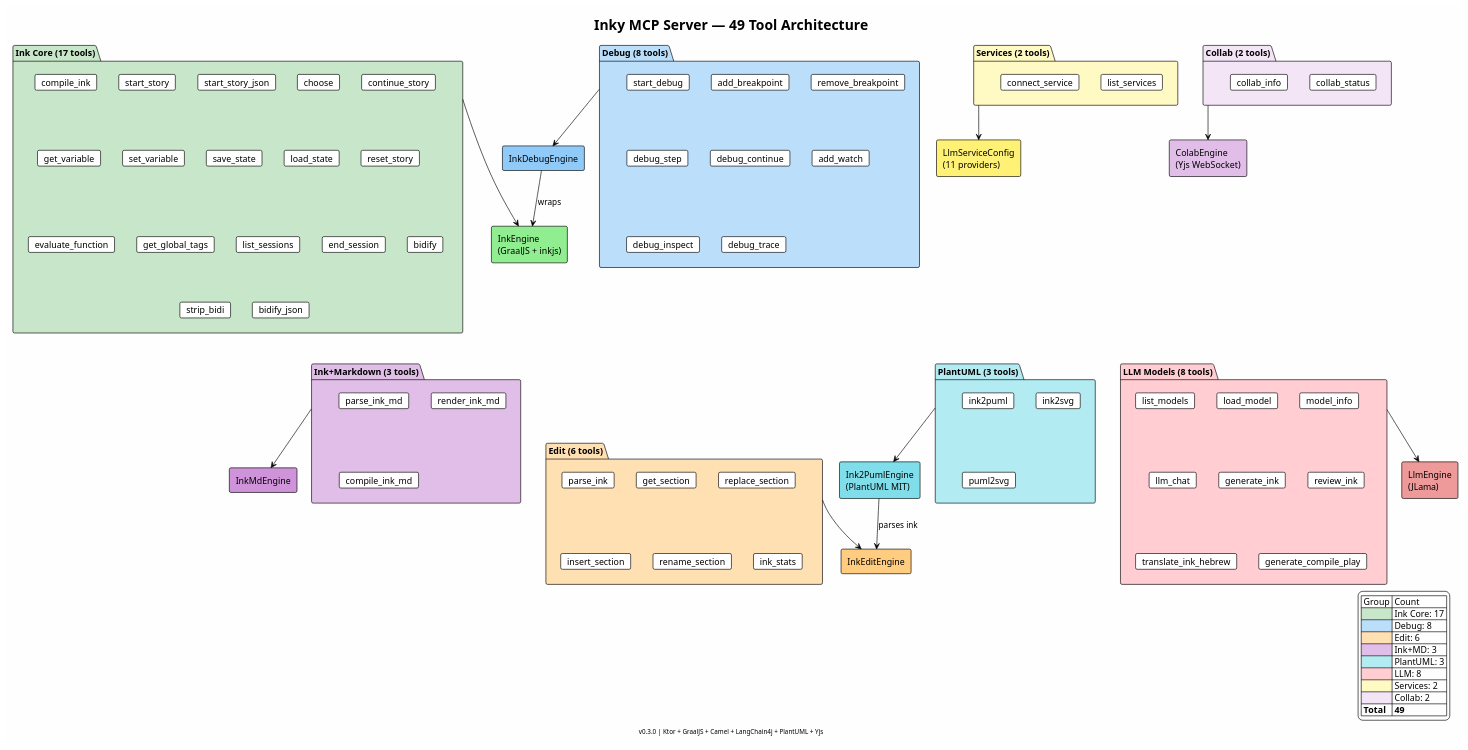
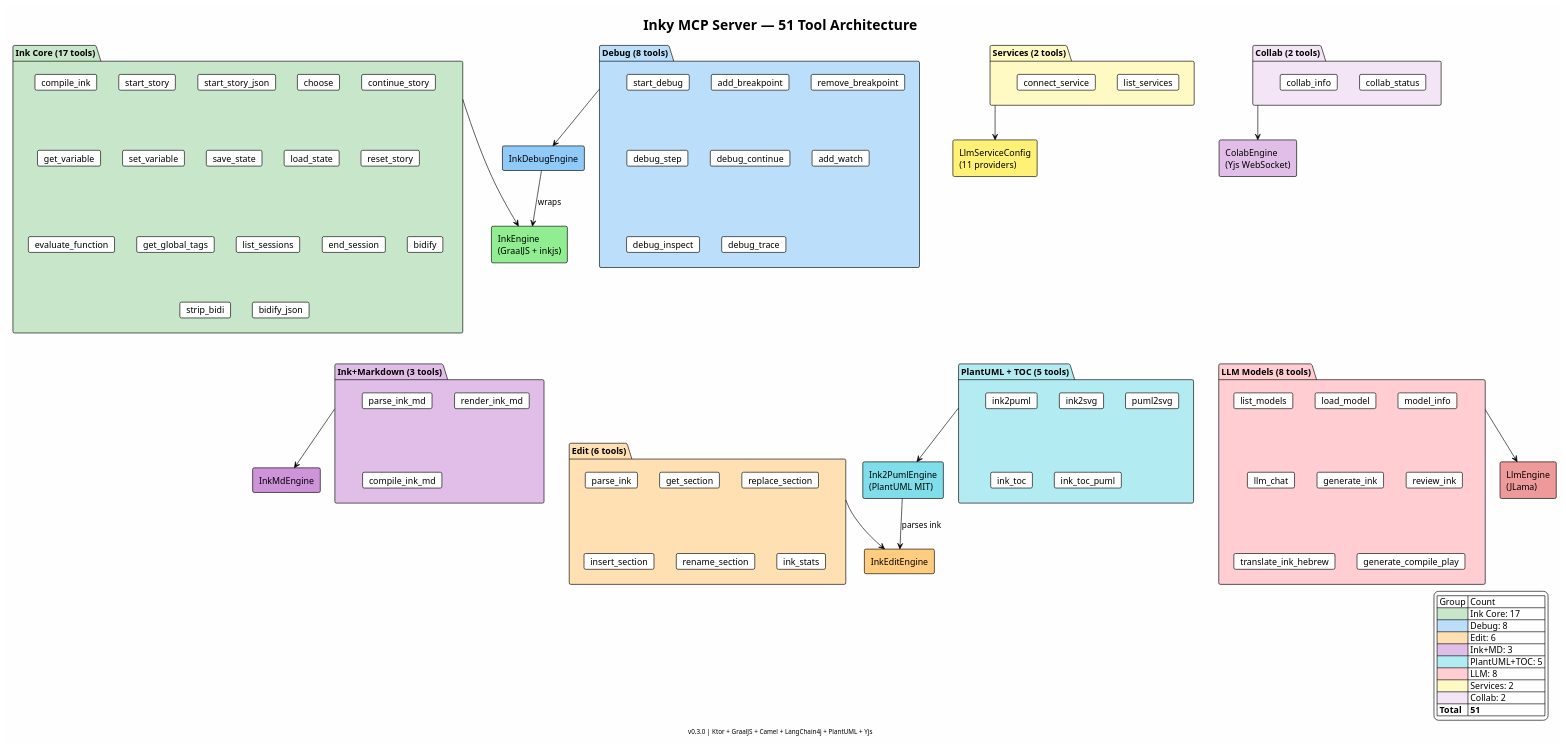
Before and after one commit to VRDate/inky: the diagram in docs/architecture/ink-mcp-tools.puml, drawn with PlantUML. The commit also changed 4 other files, not shown here.

First line of the commit message:
Add ink_toc/ink_toc_puml tools with MCP links for LLM context navigation (51 tools)

```diff
--- a/docs/architecture/ink-mcp-tools.puml
+++ b/docs/architecture/ink-mcp-tools.puml
@@ -1,118 +1,120 @@
 @startuml ink-mcp-tools
 !theme plain
 skinparam backgroundColor #FEFEFE
 
-title Inky MCP Server — 49 Tool Architecture
+title Inky MCP Server — 51 Tool Architecture
 footer v0.3.0 | Ktor + GraalJS + Camel + LangChain4j + PlantUML + Yjs
 
 ' ── Tool Groups ──
 package "Ink Core (17 tools)" as inkCore #C8E6C9 {
     card "compile_ink" as t1
     card "start_story" as t2
     card "start_story_json" as t3
     card "choose" as t4
     card "continue_story" as t5
     card "get_variable" as t6
     card "set_variable" as t7
     card "save_state" as t8
     card "load_state" as t9
     card "reset_story" as t10
     card "evaluate_function" as t11
     card "get_global_tags" as t12
     card "list_sessions" as t13
     card "end_session" as t14
     card "bidify" as t15
     card "strip_bidi" as t16
     card "bidify_json" as t17
 }
 
 package "Debug (8 tools)" as debug #BBDEFB {
     card "start_debug" as d1
     card "add_breakpoint" as d2
     card "remove_breakpoint" as d3
     card "debug_step" as d4
     card "debug_continue" as d5
     card "add_watch" as d6
     card "debug_inspect" as d7
     card "debug_trace" as d8
 }
 
 package "Edit (6 tools)" as edit #FFE0B2 {
     card "parse_ink" as e1
     card "get_section" as e2
     card "replace_section" as e3
     card "insert_section" as e4
     card "rename_section" as e5
     card "ink_stats" as e6
 }
 
 package "Ink+Markdown (3 tools)" as inkMd #E1BEE7 {
     card "parse_ink_md" as m1
     card "render_ink_md" as m2
     card "compile_ink_md" as m3
 }
 
-package "PlantUML (3 tools)" as puml #B2EBF2 {
+package "PlantUML + TOC (5 tools)" as puml #B2EBF2 {
     card "ink2puml" as p1
     card "ink2svg" as p2
     card "puml2svg" as p3
+    card "ink_toc" as p4
+    card "ink_toc_puml" as p5
 }
 
 package "LLM Models (8 tools)" as llm #FFCDD2 {
     card "list_models" as l1
     card "load_model" as l2
     card "model_info" as l3
     card "llm_chat" as l4
     card "generate_ink" as l5
     card "review_ink" as l6
     card "translate_ink_hebrew" as l7
     card "generate_compile_play" as l8
 }
 
 package "Services (2 tools)" as services #FFF9C4 {
     card "list_services" as s1
     card "connect_service" as s2
 }
 
 package "Collab (2 tools)" as collab #F3E5F5 {
     card "collab_status" as c1
     card "collab_info" as c2
 }
 
 ' ── Engines ──
 rectangle "InkEngine\n(GraalJS + inkjs)" as inkEngine #90EE90
 rectangle "InkDebugEngine" as debugEngine #90CAF9
 rectangle "InkEditEngine" as editEngine #FFCC80
 rectangle "InkMdEngine" as mdEngine #CE93D8
 rectangle "Ink2PumlEngine\n(PlantUML MIT)" as pumlEngine #80DEEA
 rectangle "LlmEngine\n(JLama)" as llmEngine #EF9A9A
 rectangle "LlmServiceConfig\n(11 providers)" as serviceConfig #FFF176
 rectangle "ColabEngine\n(Yjs WebSocket)" as colabEngine #E1BEE7
 
 ' ── Wiring ──
 inkCore --> inkEngine
 debug --> debugEngine
 edit --> editEngine
 inkMd --> mdEngine
 puml --> pumlEngine
 llm --> llmEngine
 services --> serviceConfig
 collab --> colabEngine
 
 debugEngine --> inkEngine : wraps
 pumlEngine --> editEngine : parses ink
 
 legend right
   | Group | Count |
   |<#C8E6C9>| Ink Core: 17 |
   |<#BBDEFB>| Debug: 8 |
   |<#FFE0B2>| Edit: 6 |
   |<#E1BEE7>| Ink+MD: 3 |
-  |<#B2EBF2>| PlantUML: 3 |
+  |<#B2EBF2>| PlantUML+TOC: 5 |
   |<#FFCDD2>| LLM: 8 |
   |<#FFF9C4>| Services: 2 |
   |<#F3E5F5>| Collab: 2 |
-  | **Total** | **49** |
+  | **Total** | **51** |
 endlegend
 
 @enduml
```
